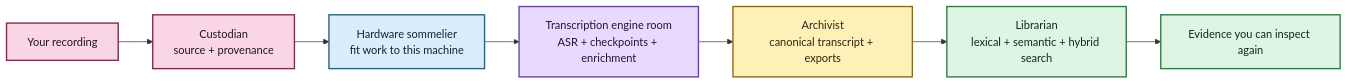
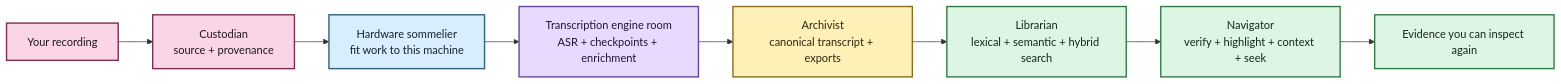
The diagram in docs/README.md (SSD1805/EchoFlow), drawn with Mermaid before and after one commit. The commit also changed other lines of this file, not shown here.

````diff
--- a/docs/README.md
+++ b/docs/README.md
@@ -103,21 +114,22 @@
 ```mermaid
 flowchart LR
     U[Your recording] --> C[Custodian\nsource + provenance]
     C --> H[Hardware sommelier\nfit work to this machine]
     H --> T[Transcription engine room\nASR + checkpoints + enrichment]
     T --> A[Archivist\ncanonical transcript + exports]
     A --> L[Librarian\nlexical + semantic + hybrid search]
-    L --> E[Evidence you can inspect again]
+    L --> N[Navigator\nverify + highlight + context + seek]
+    N --> E[Evidence you can inspect again]
 
     classDef source fill:#F9D5E5,stroke:#7B2E52,stroke-width:2px,color:#22151B
     classDef compute fill:#D8EEFF,stroke:#2E617B,stroke-width:2px,color:#12222A
     classDef process fill:#E8D9FF,stroke:#68469B,stroke-width:2px,color:#1F1630
     classDef evidence fill:#FFF0B8,stroke:#8A6B18,stroke-width:2px,color:#2C260F
     classDef result fill:#DDF5E3,stroke:#347A46,stroke-width:2px,color:#142719
 
     class U,C source
     class H compute
     class T process
     class A evidence
-    class L,E result
+    class L,N,E result
 ```
````
